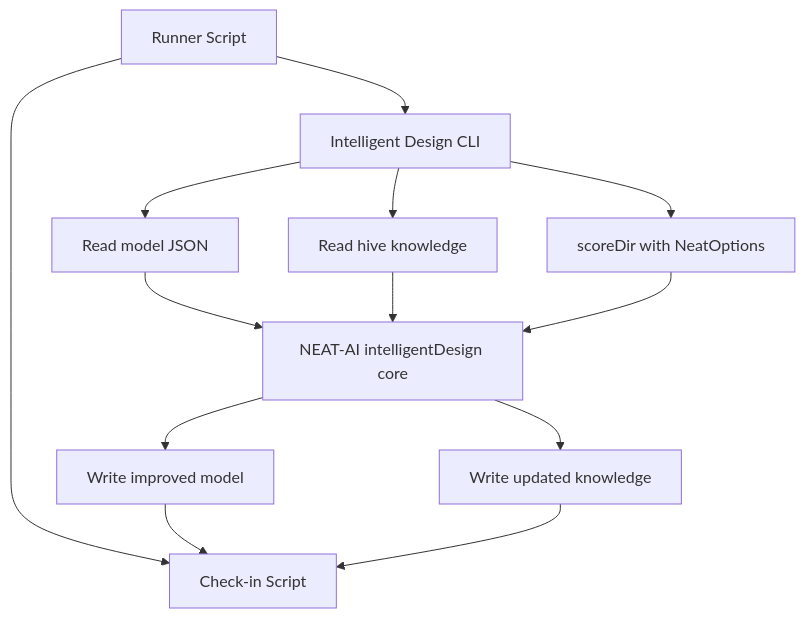
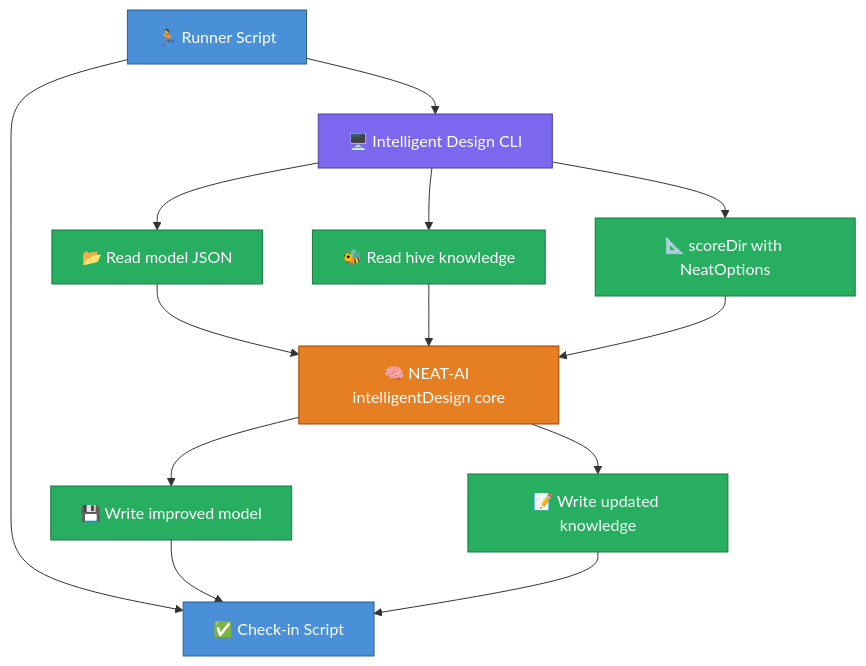
The diagram in docs/INTELLIGENT_DESIGN.md (stSoftwareAU/NEAT-AI), drawn with Mermaid before and after one commit. The commit also changed other lines of this file and 19 other files, not shown here.

````diff
--- a/docs/INTELLIGENT_DESIGN.md
+++ b/docs/INTELLIGENT_DESIGN.md
@@ -181,15 +196,20 @@
 ```mermaid
 flowchart TD
-  runner["Runner Script"] --> cli["Intelligent Design CLI"]
-  cli --> readModel["Read model JSON"]
-  cli --> readHive["Read hive knowledge"]
-  cli --> scoreCall["scoreDir with NeatOptions"]
-  readModel --> neatId["NEAT-AI intelligentDesign core"]
+  runner["🏃 Runner Script"]:::external --> cli["🖥️ Intelligent Design CLI"]:::cli
+  cli --> readModel["📂 Read model JSON"]:::io
+  cli --> readHive["🐝 Read hive knowledge"]:::io
+  cli --> scoreCall["📐 scoreDir with NeatOptions"]:::io
+  readModel --> neatId["🧠 NEAT-AI intelligentDesign core"]:::core
   readHive --> neatId
   scoreCall --> neatId
-  neatId --> writeModel["Write improved model"]
-  neatId --> writeHive["Write updated knowledge"]
-  runner --> checkin["Check-in Script"]
+  neatId --> writeModel["💾 Write improved model"]:::io
+  neatId --> writeHive["📝 Write updated knowledge"]:::io
+  runner --> checkin["✅ Check-in Script"]:::external
   writeModel --> checkin
   writeHive --> checkin
+
+  classDef external fill:#4a90d9,stroke:#2c5f8a,color:#fff
+  classDef cli fill:#7b68ee,stroke:#4b3fa0,color:#fff
+  classDef core fill:#e67e22,stroke:#a04000,color:#fff
+  classDef io fill:#27ae60,stroke:#1a7a40,color:#fff
 ```
````
